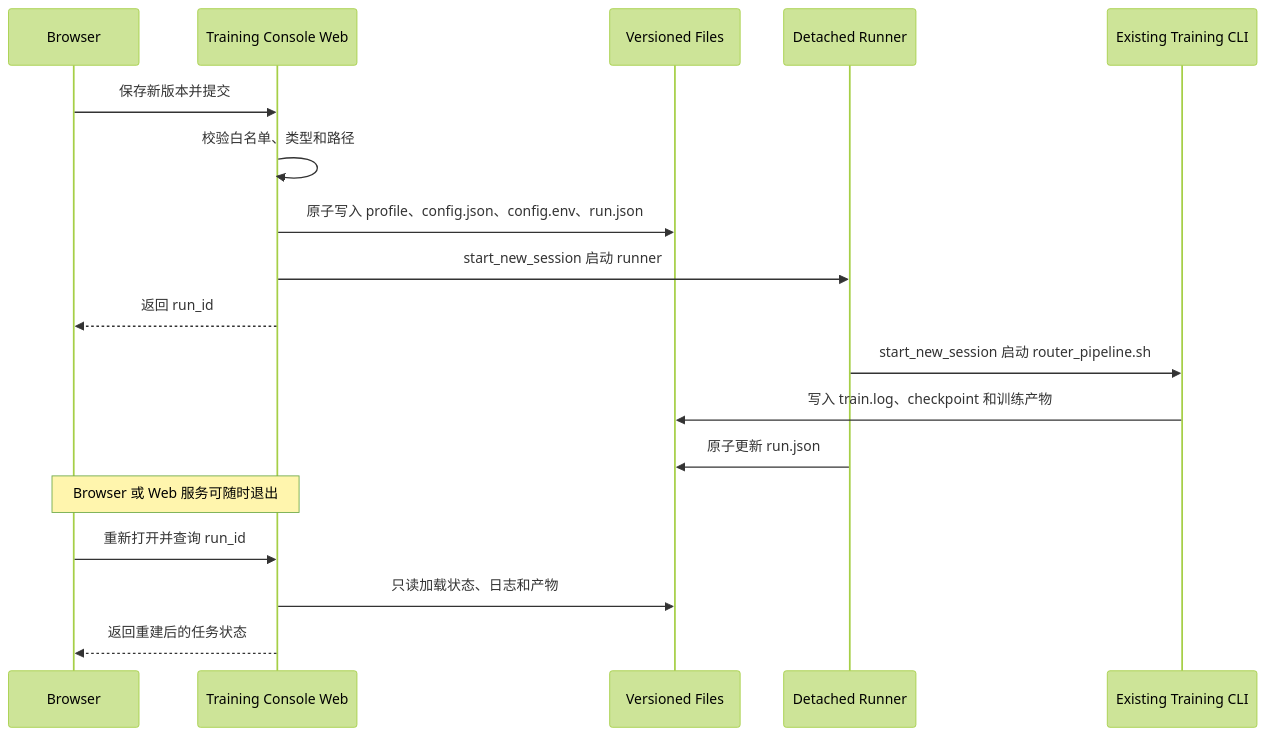
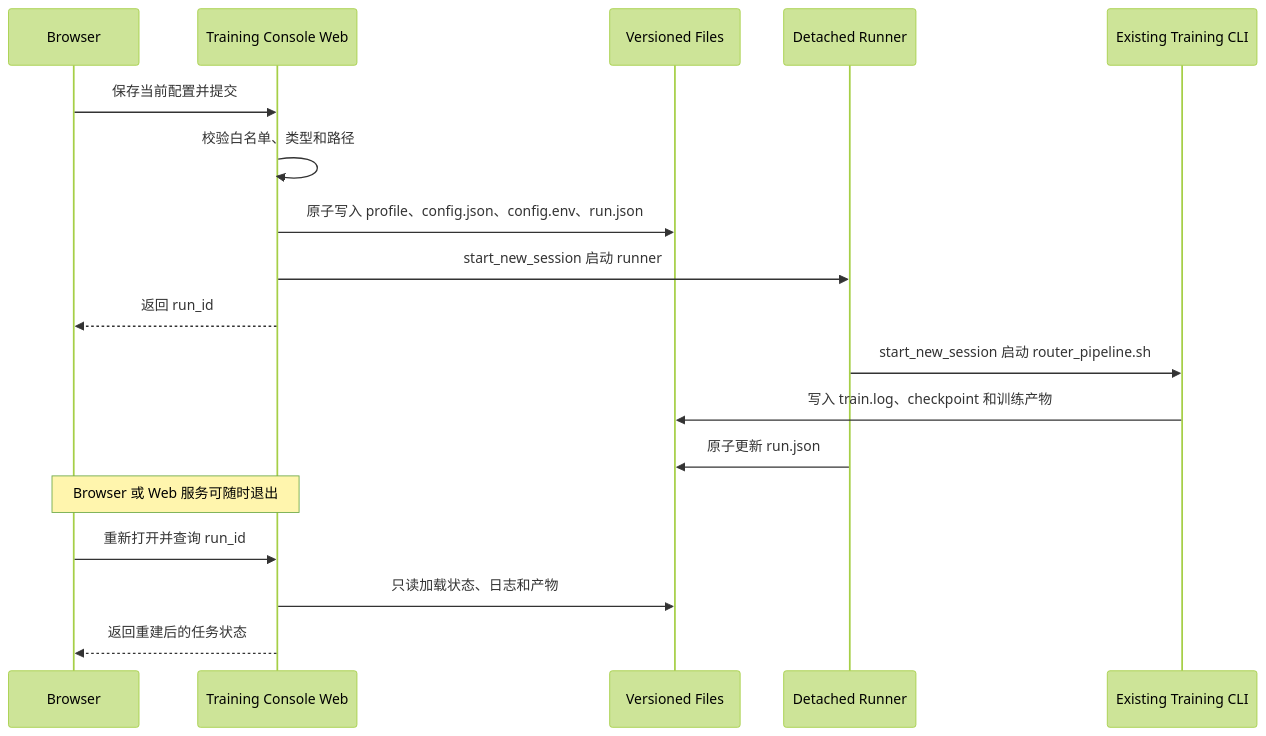
Before and after one commit to doujzc/LLMGen: the diagram in docs/training-console/design.md, drawn with Mermaid (forest theme). The commit also changed other lines of this file and 9 other files, not shown here.

````diff
--- a/docs/training-console/design.md
+++ b/docs/training-console/design.md
@@ -498,21 +516,21 @@
 ```mermaid
 sequenceDiagram
     participant B as Browser
     participant W as Training Console Web
     participant F as Versioned Files
     participant R as Detached Runner
     participant T as Existing Training CLI
 
-    B->>W: 保存新版本并提交
+    B->>W: 保存当前配置并提交
     W->>W: 校验白名单、类型和路径
     W->>F: 原子写入 profile、config.json、config.env、run.json
     W->>R: start_new_session 启动 runner
     W-->>B: 返回 run_id
     R->>T: start_new_session 启动 router_pipeline.sh
     T->>F: 写入 train.log、checkpoint 和训练产物
     R->>F: 原子更新 run.json
     Note over B,W: Browser 或 Web 服务可随时退出
     B->>W: 重新打开并查询 run_id
     W->>F: 只读加载状态、日志和产物
     W-->>B: 返回重建后的任务状态
 ```
````
